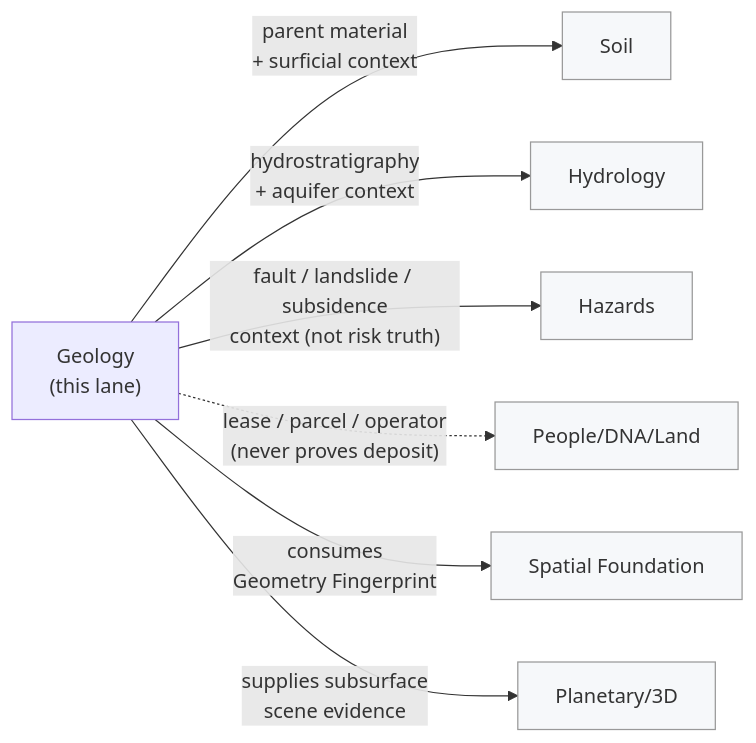
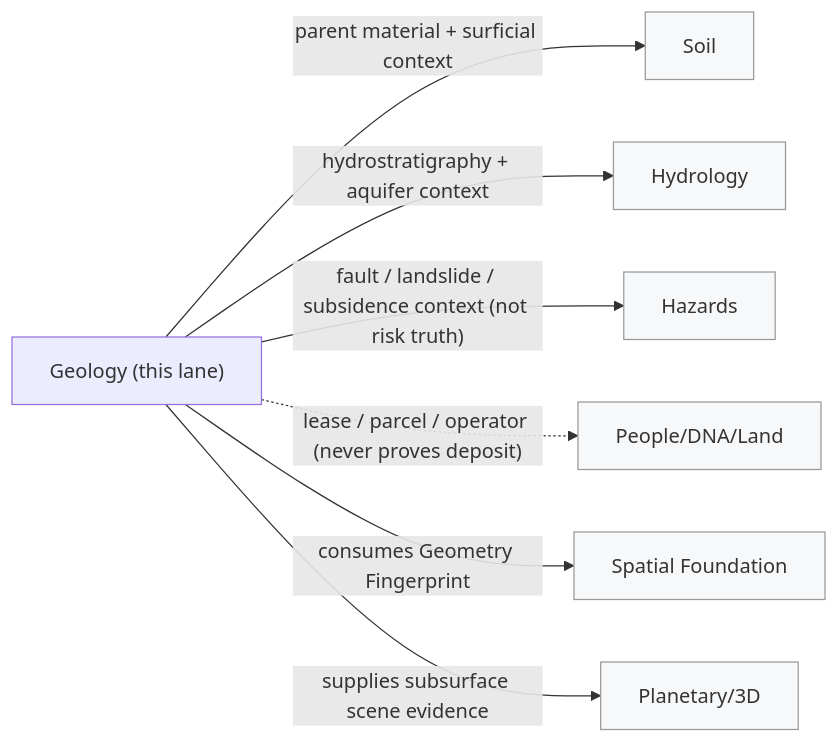
Before and after one commit to bartytime4life/Kansas-Frontier-Matrix: the fourth of 4 diagrams in docs/domains/geology/IDENTITY_MODEL.md, drawn with Mermaid. The commit also changed other lines of this file, not shown here.

````diff
--- a/docs/domains/geology/IDENTITY_MODEL.md
+++ b/docs/domains/geology/IDENTITY_MODEL.md
@@ -462,20 +479,20 @@
 ```mermaid
 flowchart LR
-    GEO["Geology<br/>(this lane)"]
+    GEO["Geology (this lane)"]
 
     SOIL["Soil"]:::other
     HYD["Hydrology"]:::other
     HAZ["Hazards"]:::other
     PPL["People/DNA/Land"]:::other
     SPAT["Spatial Foundation"]:::other
     PLN["Planetary/3D"]:::other
 
-    GEO -- "parent material<br/>+ surficial context" --> SOIL
-    GEO -- "hydrostratigraphy<br/>+ aquifer context" --> HYD
-    GEO -- "fault / landslide / subsidence<br/>context (not risk truth)" --> HAZ
-    GEO -. "lease / parcel / operator<br/>(never proves deposit)" .-> PPL
-    GEO -- "consumes<br/>Geometry Fingerprint" --> SPAT
-    GEO -- "supplies subsurface<br/>scene evidence" --> PLN
+    GEO -- "parent material + surficial context" --> SOIL
+    GEO -- "hydrostratigraphy + aquifer context" --> HYD
+    GEO -- "fault / landslide / subsidence context (not risk truth)" --> HAZ
+    GEO -. "lease / parcel / operator (never proves deposit)" .-> PPL
+    GEO -- "consumes Geometry Fingerprint" --> SPAT
+    GEO -- "supplies subsurface scene evidence" --> PLN
 
     classDef other fill:#f6f8fa,stroke:#999,color:#333;
 ```
````
